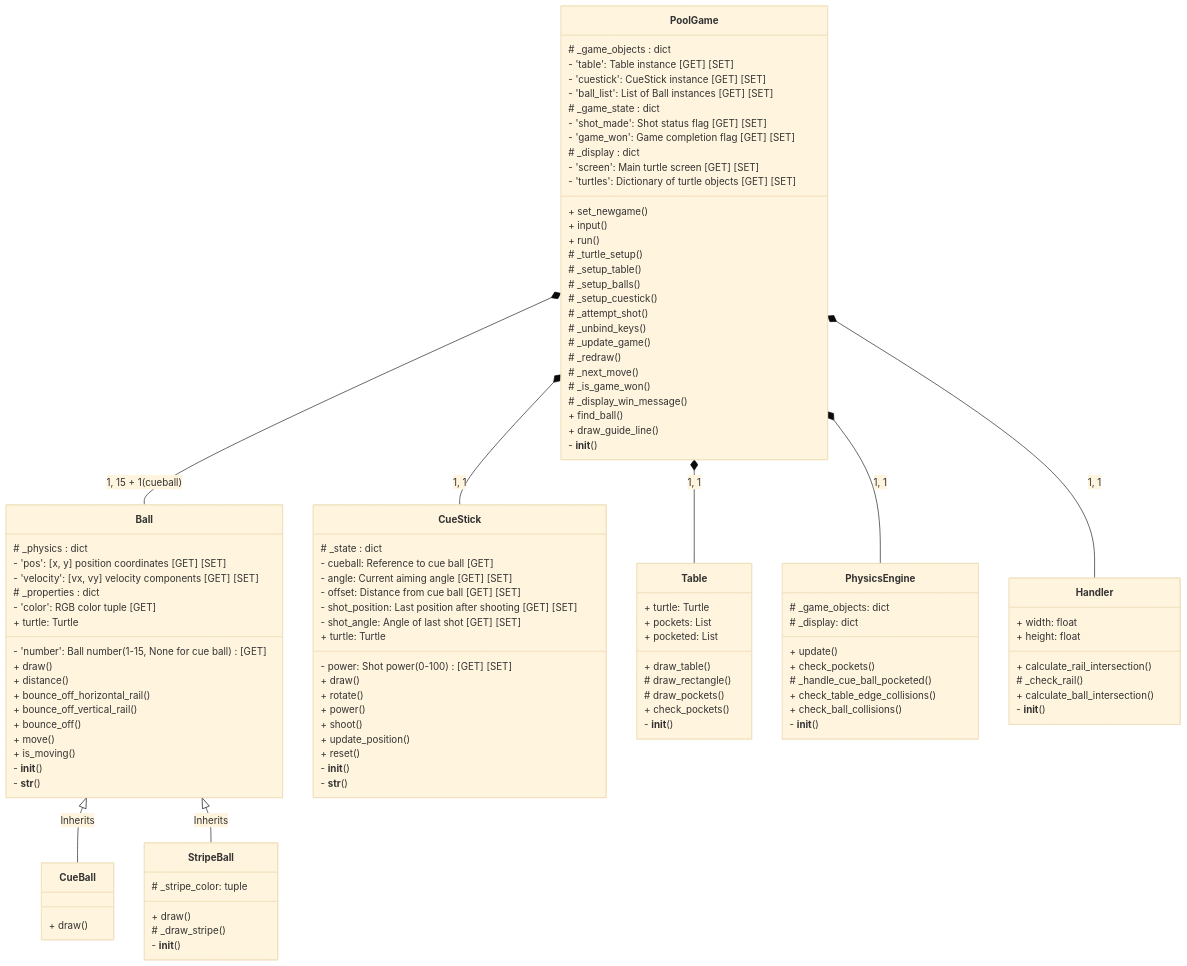
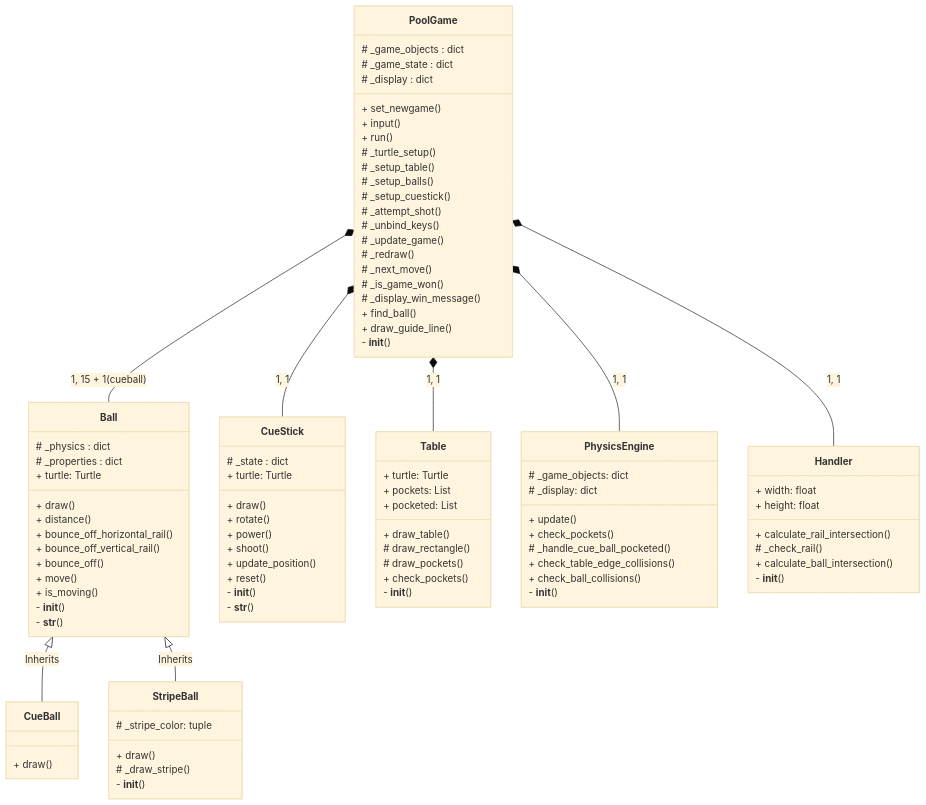
The diagram in README.md (uzimpp/8pool), drawn with Mermaid (base theme) before and after one commit.

```diff
--- a/README.md
+++ b/README.md
@@ -207,15 +207,8 @@
 
     class PoolGame {
         # _game_objects : dict
-            - 'table': Table instance [GET] [SET]
-            - 'cuestick': CueStick instance [GET] [SET]
-            - 'ball_list': List of Ball instances [GET] [SET]
         # _game_state : dict
-            - 'shot_made': Shot status flag [GET] [SET]
-            - 'game_won': Game completion flag [GET] [SET]
         # _display : dict
-            - 'screen': Main turtle screen [GET] [SET]
-            - 'turtles': Dictionary of turtle objects [GET] [SET]
         + set_newgame()
         + input()
         + run()
@@ -237,11 +230,7 @@
 
     class Ball {
         # _physics : dict
-            - 'pos': [x, y] position coordinates [GET] [SET]
-            - 'velocity': [vx, vy] velocity components [GET] [SET]
         # _properties : dict
-            - 'number': Ball number (1-15, None for cue ball) [GET]
-            - 'color': RGB color tuple [GET]
         + turtle: Turtle
         + draw()
         + distance()
@@ -267,12 +256,6 @@
 
     class CueStick {
         # _state : dict
-            - cueball: Reference to cue ball [GET]
-            - angle: Current aiming angle [GET] [SET]
-            - offset: Distance from cue ball [GET] [SET]
-            - power: Shot power (0-100) [GET] [SET]
-            - shot_position: Last position after shooting [GET] [SET]
-            - shot_angle: Angle of last shot [GET] [SET]
         + turtle: Turtle
         + draw()
         + rotate()
```
